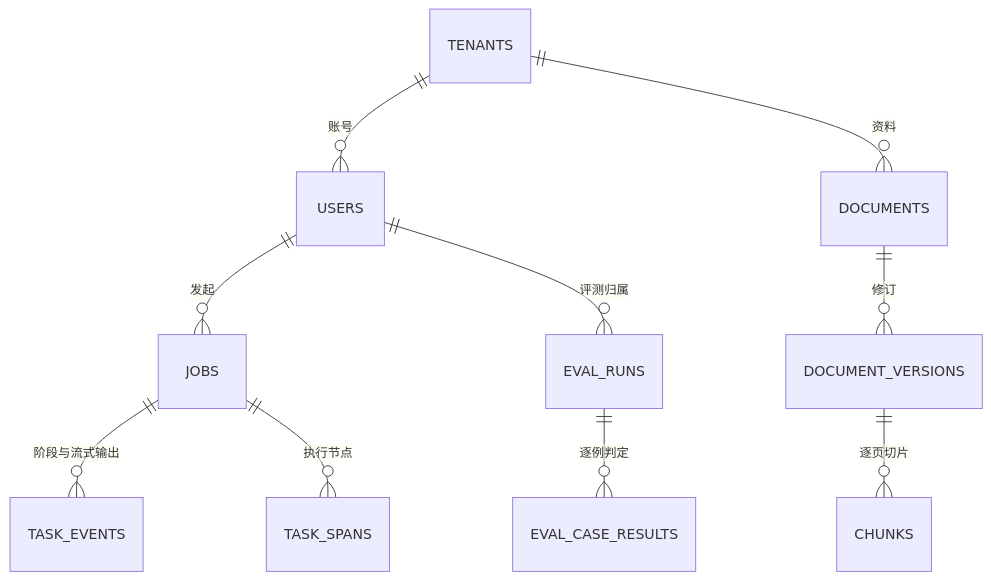
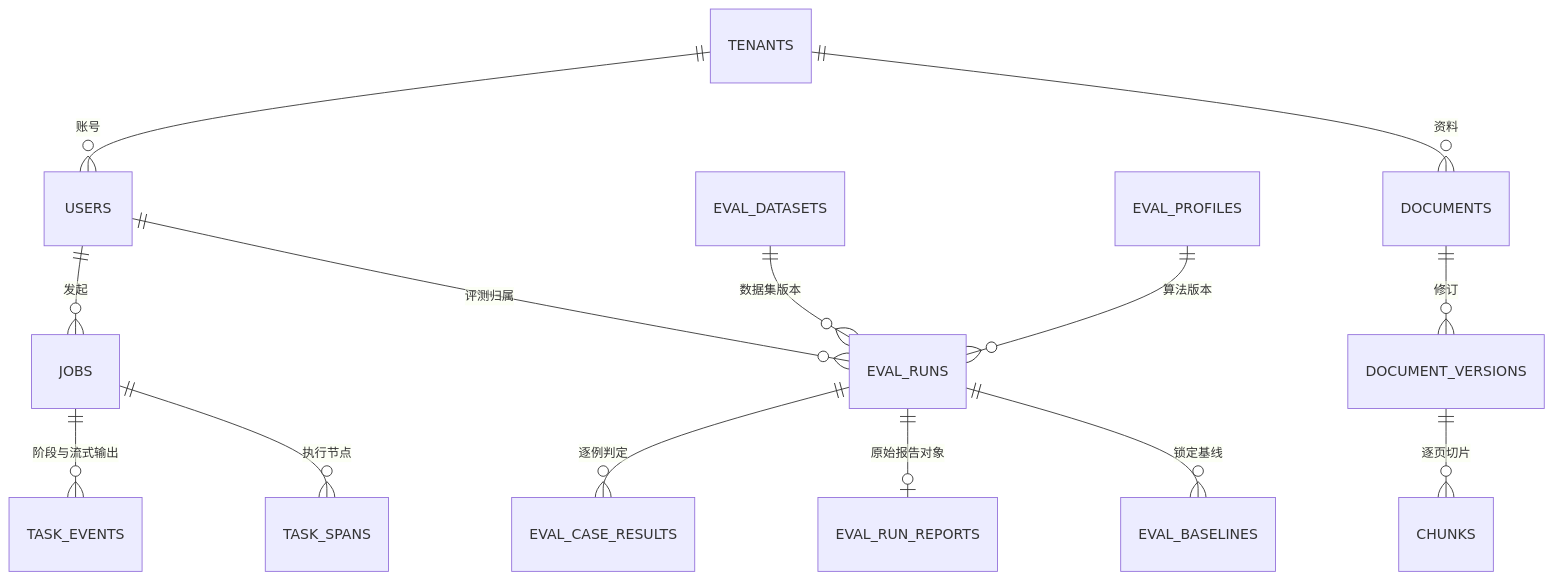
One commit to SenpeWang/TaoZhi-EcomAgent changed the diagram in documentation/database/README.md. Above: the diagram before and after it, drawn with Mermaid. The commit also changed other lines of this file and 8 other files, not shown here.

````diff
--- a/documentation/database/README.md
+++ b/documentation/database/README.md
@@ -21,12 +21,16 @@
 ```mermaid
 erDiagram
     TENANTS ||--o{ USERS : "账号"
     TENANTS ||--o{ DOCUMENTS : "资料"
     DOCUMENTS ||--o{ DOCUMENT_VERSIONS : "修订"
     DOCUMENT_VERSIONS ||--o{ CHUNKS : "逐页切片"
     USERS ||--o{ JOBS : "发起"
     JOBS ||--o{ TASK_EVENTS : "阶段与流式输出"
     JOBS ||--o{ TASK_SPANS : "执行节点"
     USERS ||--o{ EVAL_RUNS : "评测归属"
+    EVAL_DATASETS ||--o{ EVAL_RUNS : "数据集版本"
+    EVAL_PROFILES ||--o{ EVAL_RUNS : "算法版本"
     EVAL_RUNS ||--o{ EVAL_CASE_RESULTS : "逐例判定"
+    EVAL_RUNS ||--o| EVAL_RUN_REPORTS : "原始报告对象"
+    EVAL_RUNS ||--o{ EVAL_BASELINES : "锁定基线"
 ```
````
